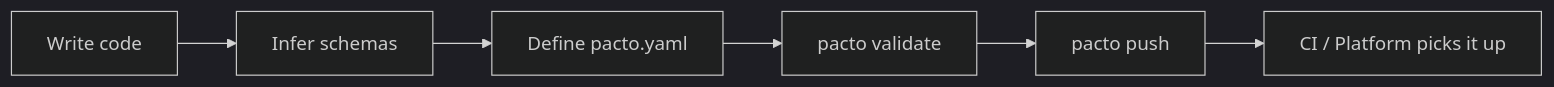
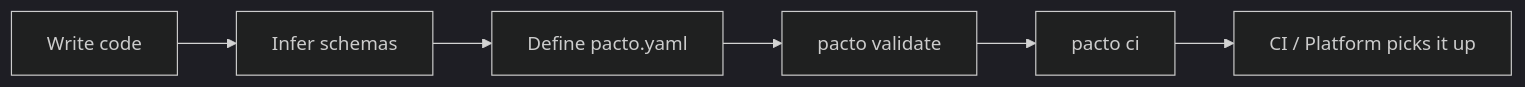
Before and after one commit to TrianaLab/pacto: the diagram in docs/developers.md, drawn with Mermaid (dark theme). The commit also changed other lines of this file and 1115 other files, not shown here.

````diff
--- a/docs/developers.md
+++ b/docs/developers.md
@@ -13,8 +13,8 @@
 ```mermaid
 flowchart LR
     A[Write code] --> B[Infer schemas]
     B --> C[Define pacto.yaml]
     C --> D[pacto validate]
-    D --> F[pacto push]
+    D --> F[pacto ci]
     F --> G[CI / Platform picks it up]
 ```
````
